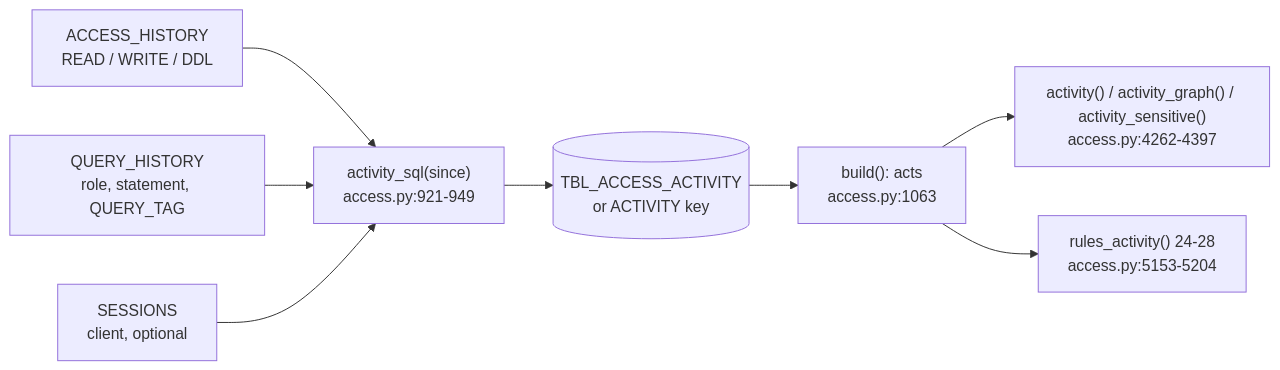
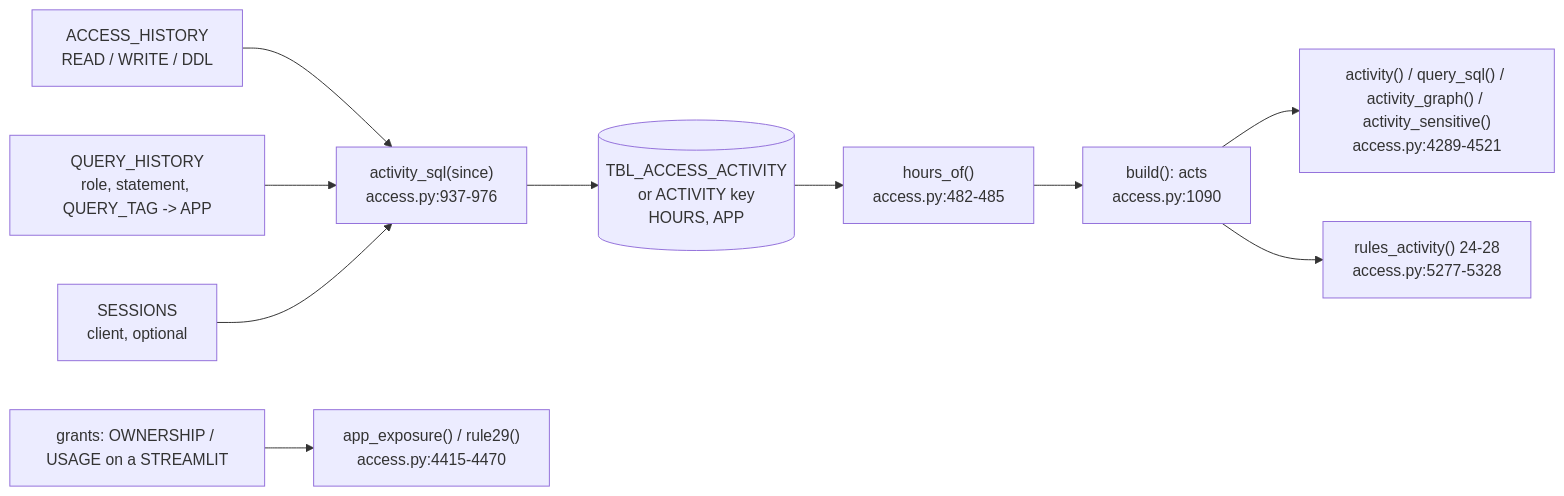
One commit to darshanmeel/snowflake-access-explorer changed the diagram in snowflake-access-explorer-knowledge-graph/logic/activity.md. Above: the diagram before and after it, drawn with Mermaid. The commit also changed other lines of this file and 88 other files, not shown here.

First line of the commit message:
Knowledge graph and docs for the access log; per-day charts by user, role, client, statement, R/W/DDL, object kind

````diff
--- a/snowflake-access-explorer-knowledge-graph/logic/activity.md
+++ b/snowflake-access-explorer-knowledge-graph/logic/activity.md
@@ -6,10 +6,12 @@
 ```mermaid
 flowchart LR
-  AH[ACCESS_HISTORY<br/>READ / WRITE / DDL] --> SQLA["activity_sql(since)<br/>access.py:921-949"]
-  QH[QUERY_HISTORY<br/>role, statement, QUERY_TAG] --> SQLA
+  AH[ACCESS_HISTORY<br/>READ / WRITE / DDL] --> SQLA["activity_sql(since)<br/>access.py:937-976"]
+  QH[QUERY_HISTORY<br/>role, statement, QUERY_TAG -> APP] --> SQLA
   SE[SESSIONS<br/>client, optional] --> SQLA
-  SQLA --> T[(TBL_ACCESS_ACTIVITY<br/>or ACTIVITY key)]
-  T --> ACTS["build(): acts<br/>access.py:1063"]
-  ACTS --> TAB["activity() / activity_graph() / activity_sensitive()<br/>access.py:4262-4397"]
-  ACTS --> R["rules_activity() 24-28<br/>access.py:5153-5204"]
+  SQLA --> T[(TBL_ACCESS_ACTIVITY<br/>or ACTIVITY key<br/>HOURS, APP)]
+  T --> HO["hours_of()<br/>access.py:482-485"]
+  HO --> ACTS["build(): acts<br/>access.py:1090"]
+  ACTS --> TAB["activity() / query_sql() / activity_graph() / activity_sensitive()<br/>access.py:4289-4521"]
+  ACTS --> R["rules_activity() 24-28<br/>access.py:5277-5328"]
+  G[grants: OWNERSHIP / USAGE on a STREAMLIT] --> AX["app_exposure() / rule29()<br/>access.py:4415-4470"]
 ```
````
